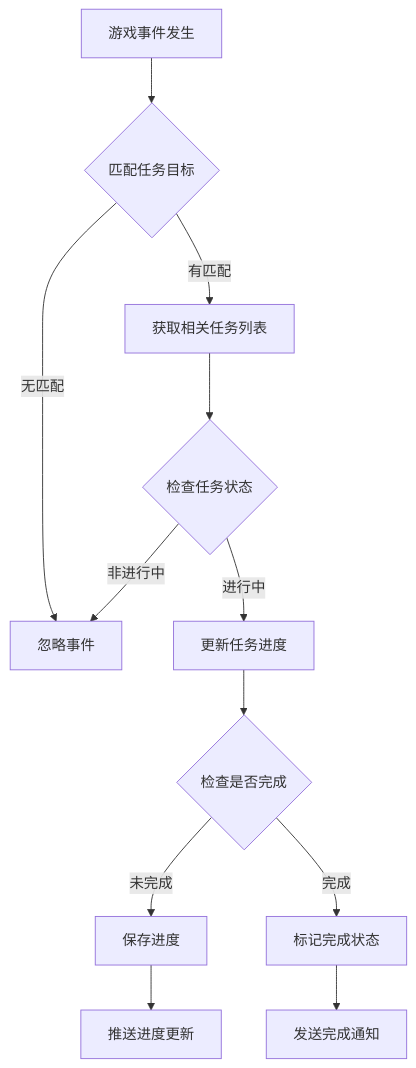
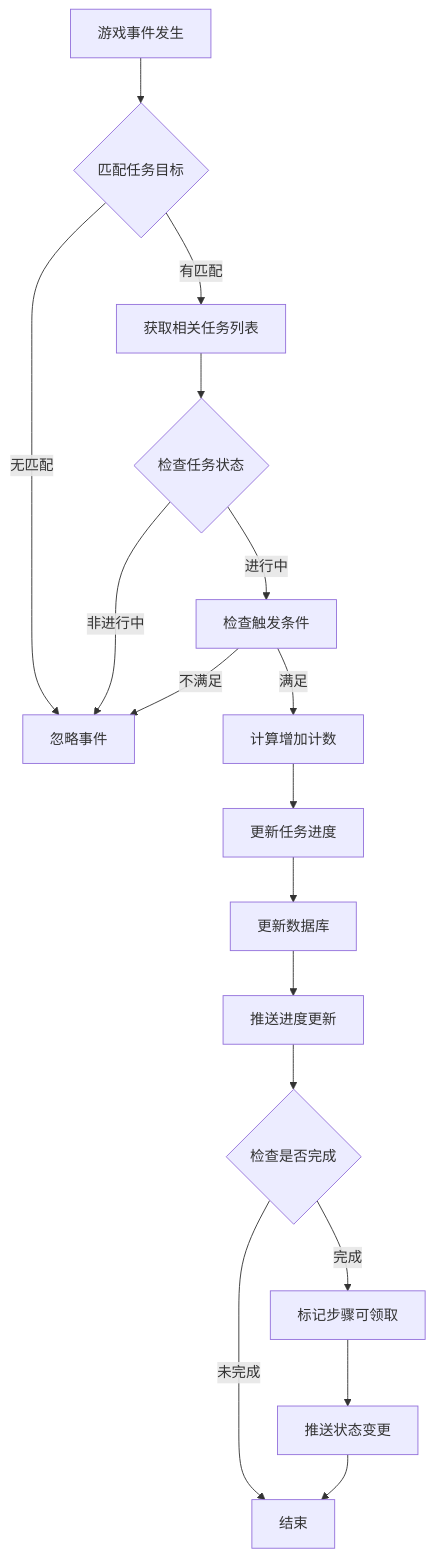
Before and after one commit to Alan-Ben/k2c_game_framework: the fourth of 7 diagrams in docs/Module_Quest/06_实现细节.md, drawn with Mermaid. The commit also changed other lines of this file and 75 other files, not shown here.

````diff
--- a/docs/Module_Quest/06_实现细节.md
+++ b/docs/Module_Quest/06_实现细节.md
@@ -216,14 +182,20 @@
 ```mermaid
 flowchart TD
     A[游戏事件发生] --> B{匹配任务目标}
     B -->|无匹配| C[忽略事件]
     B -->|有匹配| D[获取相关任务列表]
     D --> E{检查任务状态}
     E -->|非进行中| C
-    E -->|进行中| F[更新任务进度]
-    F --> G{检查是否完成}
-    G -->|未完成| H[保存进度]
-    G -->|完成| I[标记完成状态]
-    I --> J[发送完成通知]
-    H --> K[推送进度更新]
+    E -->|进行中| F[检查触发条件]
+    F -->|不满足| C
+    F -->|满足| G[计算增加计数]
+    G --> H[更新任务进度]
+    H --> I[更新数据库]
+    I --> J[推送进度更新]
+
+    J --> K{检查是否完成}
+    K -->|未完成| L[结束]
+    K -->|完成| M[标记步骤可领取]
+    M --> N[推送状态变更]
+    N --> L
 ```
````
